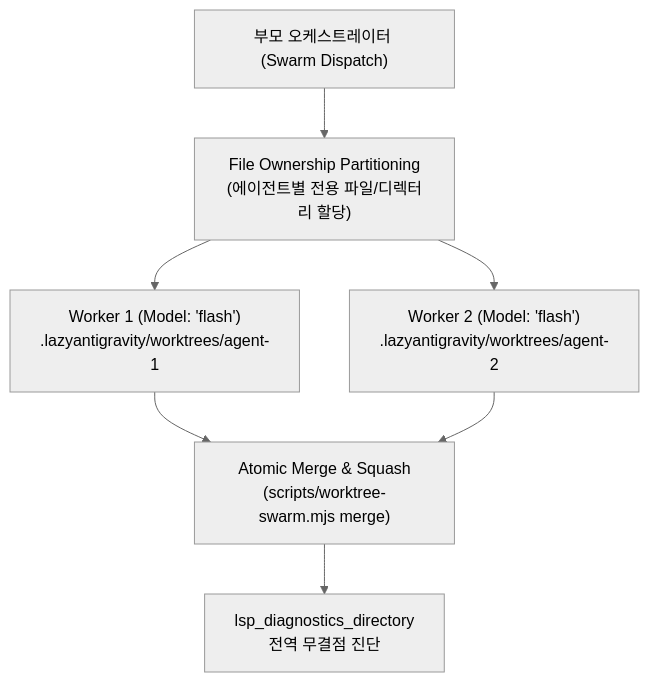
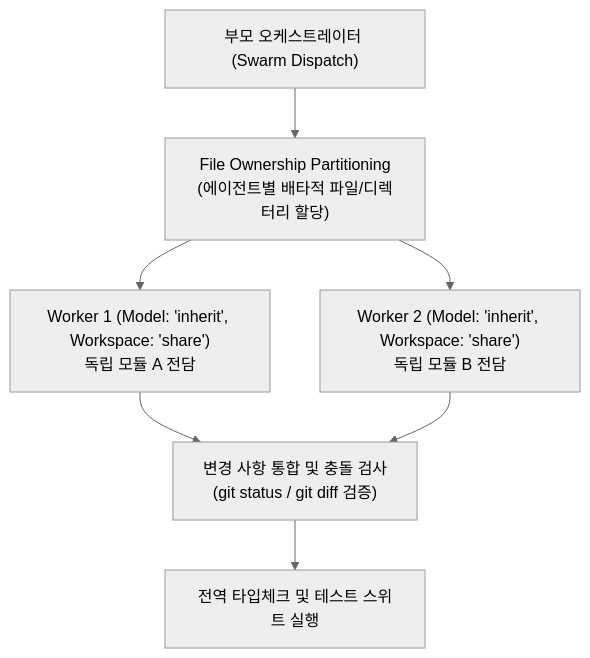
One commit to daeryundf2-prog/lazyargon changed the diagram in skills/ulw/references/swarm-sync.md. Above: the diagram before and after it, drawn with Mermaid (neutral theme). The commit also changed other lines of this file and 38 other files, not shown here.

````diff
--- a/skills/ulw/references/swarm-sync.md
+++ b/skills/ulw/references/swarm-sync.md
@@ -10,9 +10,9 @@
 ```mermaid
 flowchart TD
-    Parent["부모 오케스트레이터 (Swarm Dispatch)"] --> Part["File Ownership Partitioning<br/>(에이전트별 전용 파일/디렉터리 할당)"]
-    Part --> W1["Worker 1 (Model: 'flash')<br/>.lazyantigravity/worktrees/agent-1"]
-    Part --> W2["Worker 2 (Model: 'flash')<br/>.lazyantigravity/worktrees/agent-2"]
-    W1 --> Merge["Atomic Merge & Squash<br/>(scripts/worktree-swarm.mjs merge)"]
+    Parent["부모 오케스트레이터 (Swarm Dispatch)"] --> Part["File Ownership Partitioning<br/>(에이전트별 배타적 파일/디렉터리 할당)"]
+    Part --> W1["Worker 1 (Model: 'inherit', Workspace: 'share')<br/>독립 모듈 A 전담"]
+    Part --> W2["Worker 2 (Model: 'inherit', Workspace: 'share')<br/>독립 모듈 B 전담"]
+    W1 --> Merge["변경 사항 통합 및 충돌 검사<br/>(git status / git diff 검증)"]
     W2 --> Merge
-    Merge --> LSP["lsp_diagnostics_directory<br/>전역 무결점 진단"]
+    Merge --> Verify["전역 타입체크 및 테스트 스위트 실행"]
 ```
````
